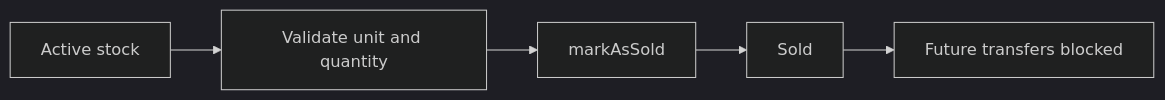
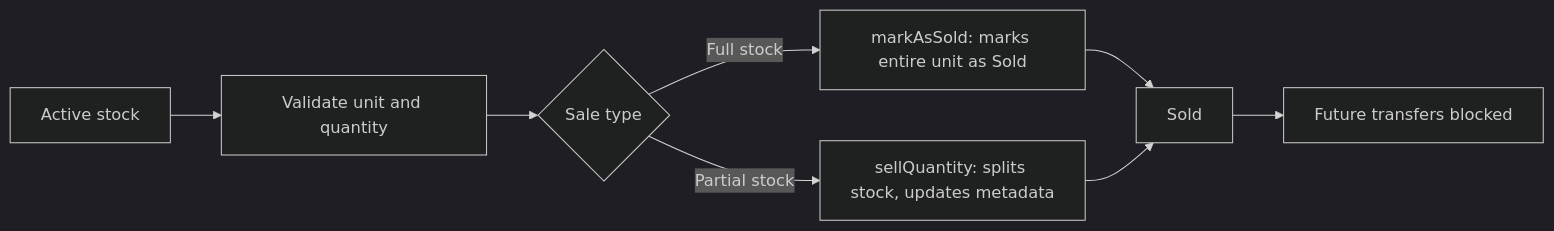
One commit to ayonm95/blockchain-pharmaceutical-tracking changed the seventh of 7 diagrams in PROJECT_DOCUMENTATION.md. Above: the diagram before and after it, drawn with Mermaid (dark theme). The commit also changed other lines of this file and 4 other files, not shown here.

First line of the commit message:
feat: add partial selling, on-chain metadata synchronization, and resilient wallet connection

````diff
--- a/PROJECT_DOCUMENTATION.md
+++ b/PROJECT_DOCUMENTATION.md
@@ -193,7 +193,10 @@
 ```mermaid
 flowchart LR
     Stock[Active stock] --> Validate[Validate unit and quantity]
-    Validate --> Sell[markAsSold]
-    Sell --> Sold[Sold]
+    Validate --> Mode{Sale type}
+    Mode -->|Full stock| SellFull[markAsSold: marks entire unit as Sold]
+    Mode -->|Partial stock| SellPart[sellQuantity: splits stock, updates metadata]
+    SellFull --> Sold[Sold]
+    SellPart --> Sold
     Sold --> Block[Future transfers blocked]
 ```
````
